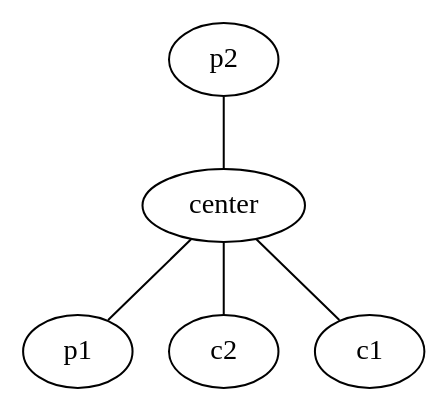
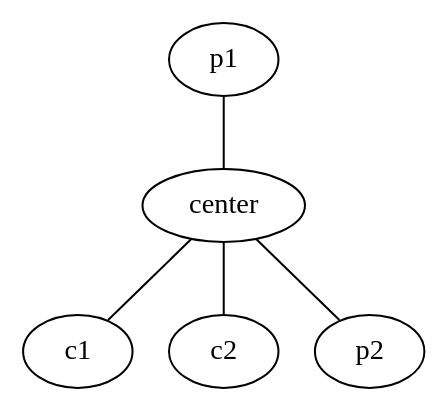
The diagram in examples_cbnets/graph2.dot (rrtucci/JudeasRx), drawn with Graphviz before and after one commit. The commit also changed 9 other files, not shown here.

```diff
--- a/examples_cbnets/graph2.dot
+++ b/examples_cbnets/graph2.dot
@@ -1,11 +1,11 @@
 strict graph  {
+p1;
+center;
+c1;
+c2;
 p2;
-center;
-p1;
-c2;
-c1;
-p2 -- center;
-center -- p1;
+p1 -- center;
+center -- c1;
 center -- c2;
-center -- c1;
+center -- p2;
 }
```
